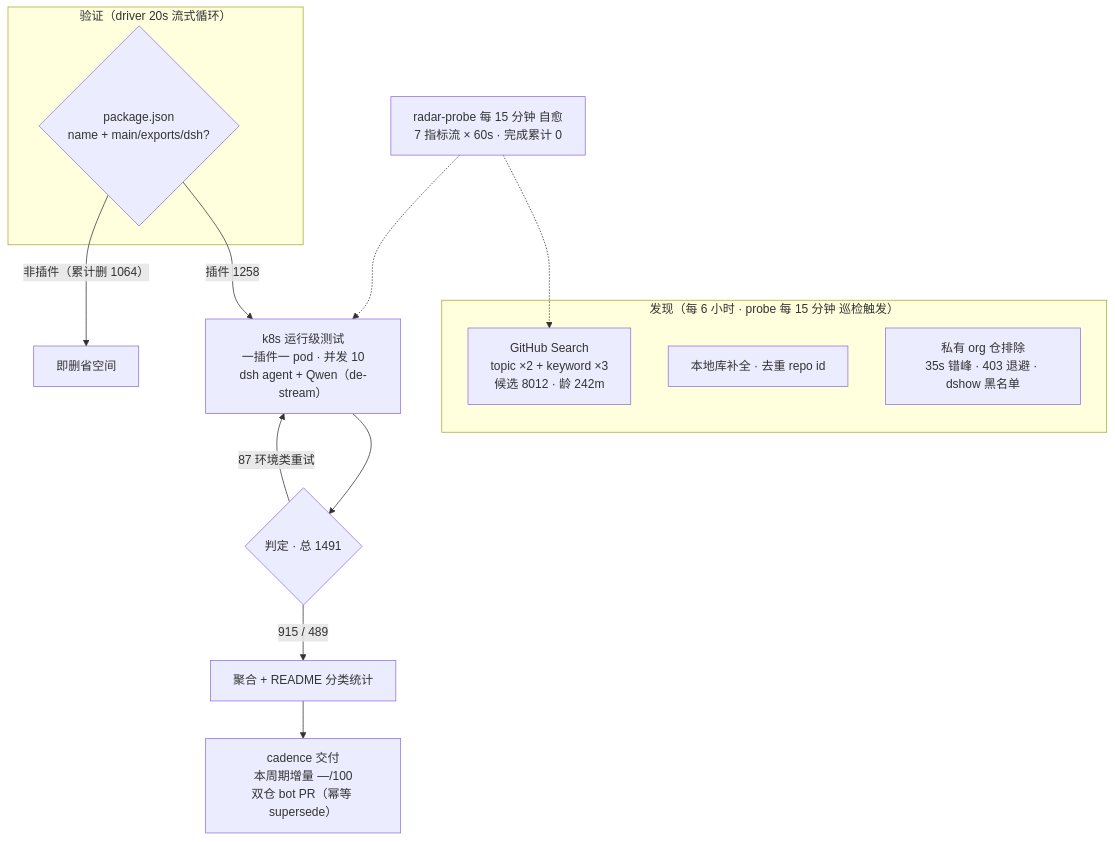
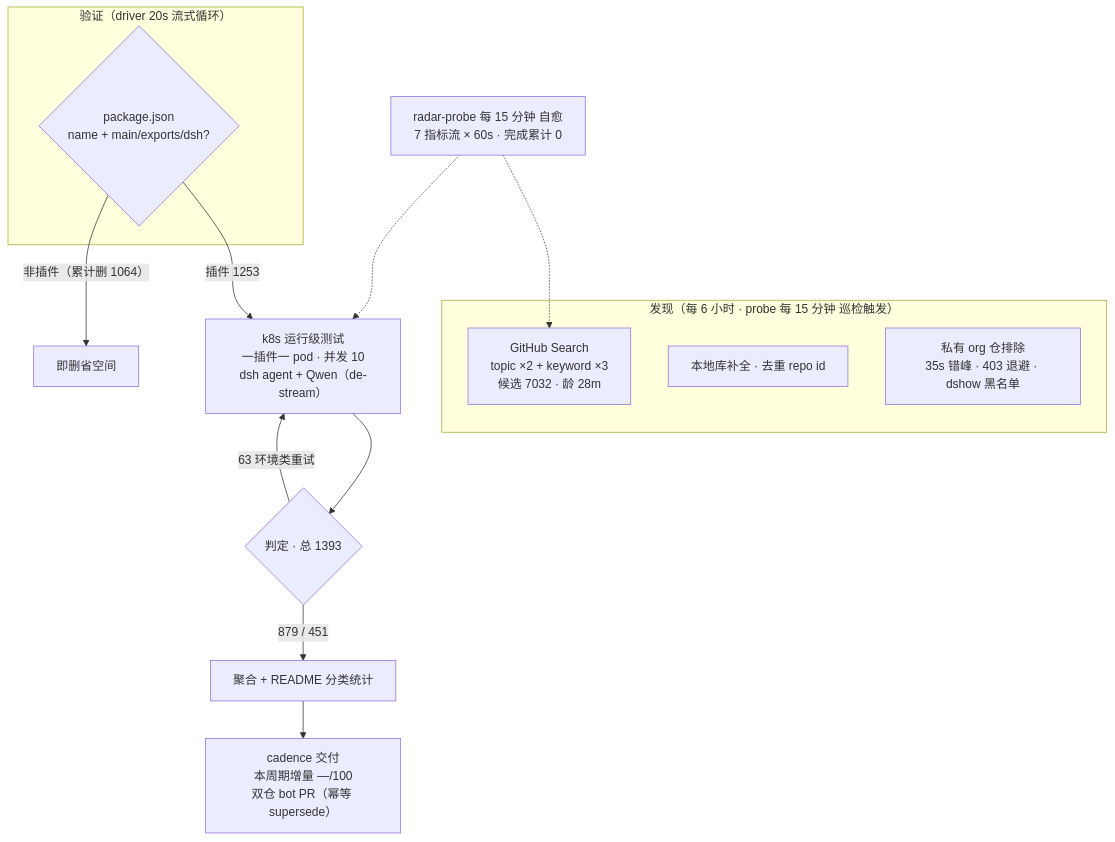
The diagram in README.md (AdamPlatin123/awesome-dsh-plugins), drawn with Mermaid before and after one commit. The commit also changed other lines of this file and 2 other files, not shown here.

````diff
--- a/README.md
+++ b/README.md
@@ -30,19 +30,19 @@
 ```mermaid
 flowchart TB
     subgraph Discovery[" 发现（每 6 小时 · probe 每 15 分钟 巡检触发）"]
-        A1["GitHub Search<br/>topic ×2 + keyword ×3<br/>候选 8012 · 龄 242m"]
+        A1["GitHub Search<br/>topic ×2 + keyword ×3<br/>候选 7032 · 龄 28m"]
         A2["本地库补全 · 去重 repo id"]
         A3[" 私有 org 仓排除<br/>35s 错峰 · 403 退避 · dshow 黑名单"]
     end
     subgraph Validation[" 验证（driver 20s 流式循环）"]
         B1{"package.json<br/>name + main/exports/dsh?"}
     end
-    B1 -->|"插件 1258"| C1["k8s 运行级测试<br/>一插件一 pod · 并发 10<br/>dsh agent + Qwen（de-stream）"]
+    B1 -->|"插件 1253"| C1["k8s 运行级测试<br/>一插件一 pod · 并发 10<br/>dsh agent + Qwen（de-stream）"]
     B1 -->|"非插件（累计删 1064）"| B3[" 即删省空间"]
-    C1 --> D1{"判定 · 总 1491"}
-    D1 -->|" 915 /  489"| E1["聚合 + README 分类统计"]
-    D1 -->|" 87 环境类重试"| C1
+    C1 --> D1{"判定 · 总 1393"}
+    D1 -->|" 879 /  451"| E1["聚合 + README 分类统计"]
+    D1 -->|" 63 环境类重试"| C1
     E1 --> E2["cadence 交付<br/>本周期增量 —/100<br/>双仓 bot PR（幂等 supersede）"]
     M[" radar-probe 每 15 分钟 自愈<br/>7 指标流 × 60s · 完成累计 0"] -.-> A1
     M -.-> C1
 ```
````
